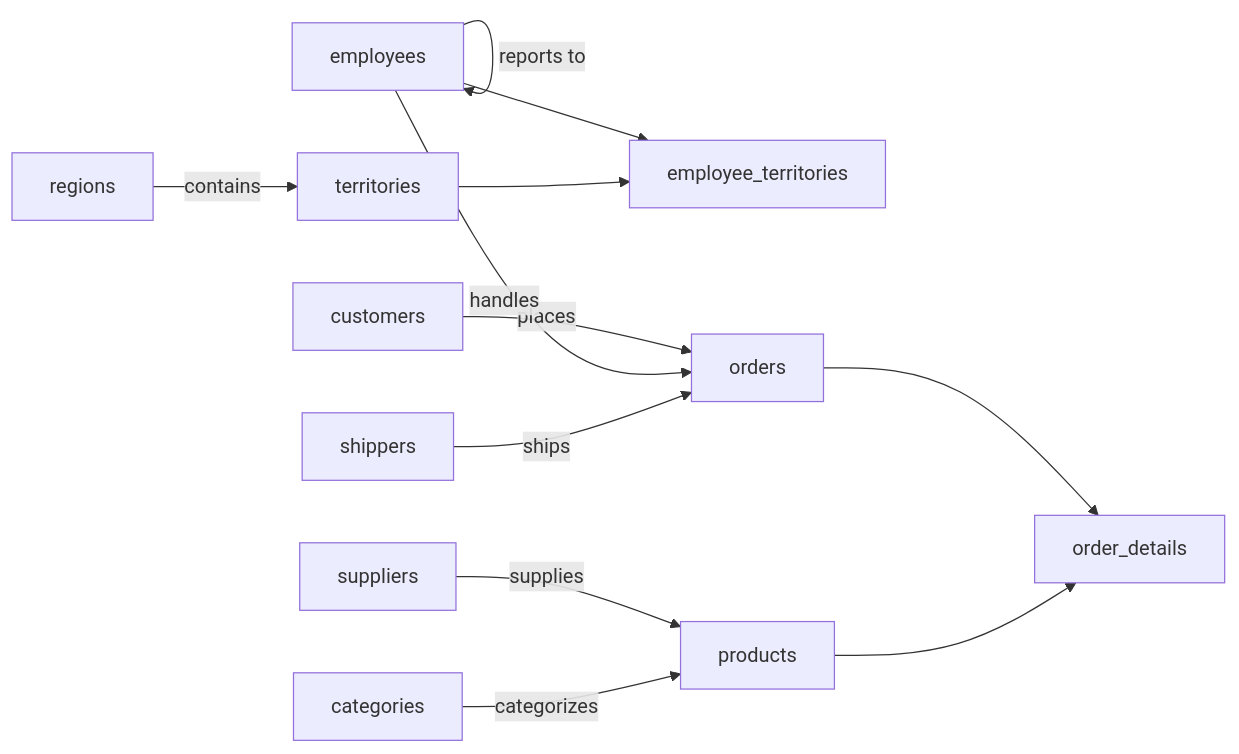
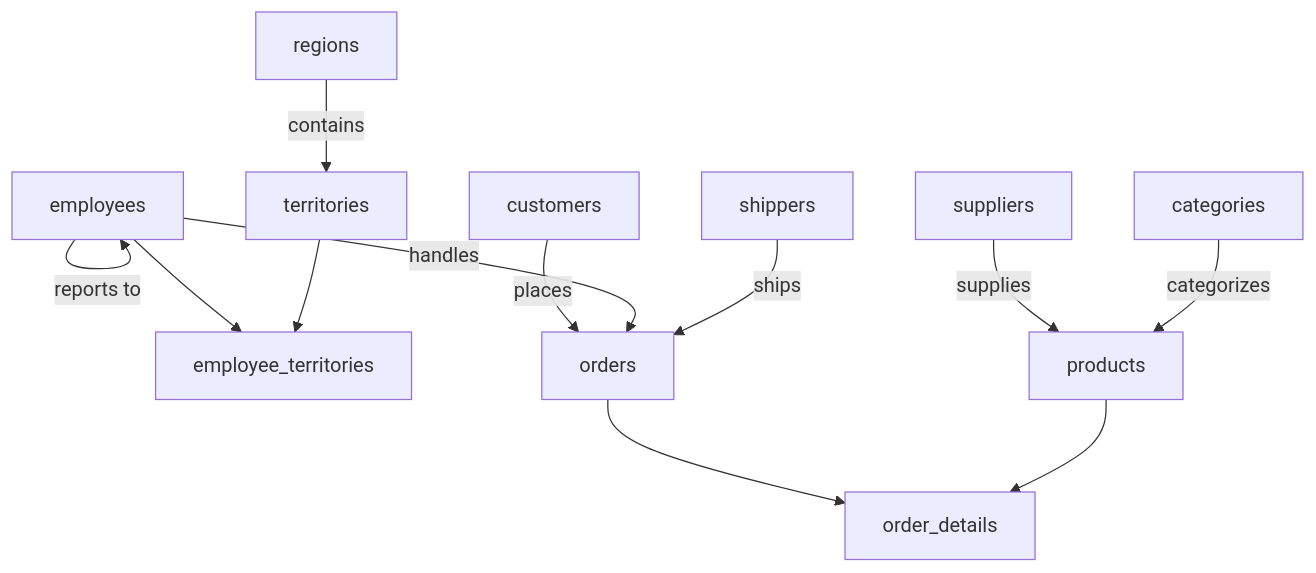
The diagram in models/nwind-semantic-model.md (semantius/semantius), drawn with Mermaid before and after one commit. The commit also changed 31 other files, not shown here.

````diff
--- a/models/nwind-semantic-model.md
+++ b/models/nwind-semantic-model.md
@@ -34,14 +34,14 @@
 ```mermaid
-flowchart LR
+flowchart TD
     employees -->|reports to| employees
     suppliers -->|supplies| products
     categories -->|categorizes| products
     customers -->|places| orders
     employees -->|handles| orders
     shippers -->|ships| orders
     regions -->|contains| territories
     employees --> employee_territories
     territories --> employee_territories
     orders --> order_details
     products --> order_details
 ```
````
